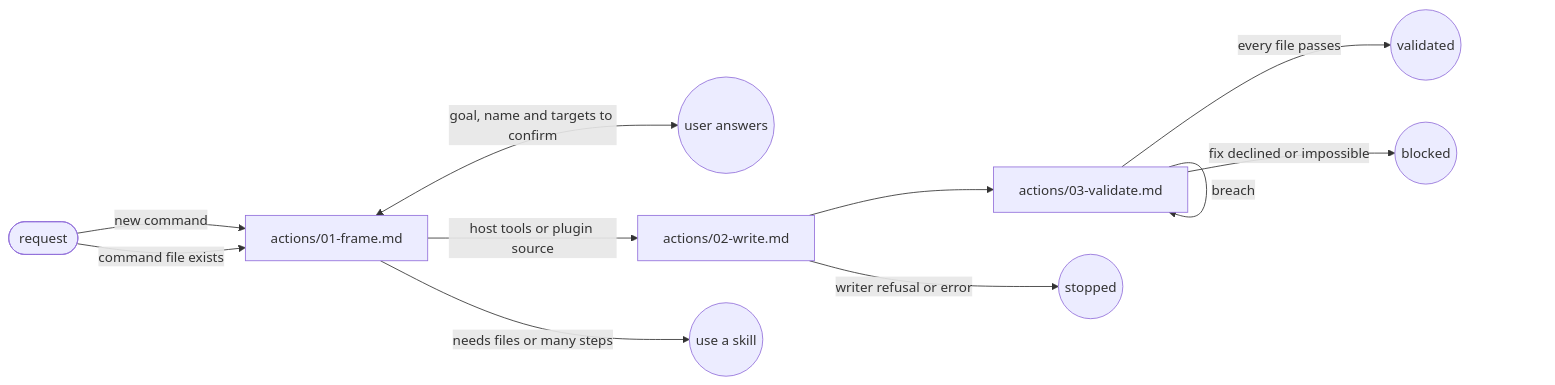
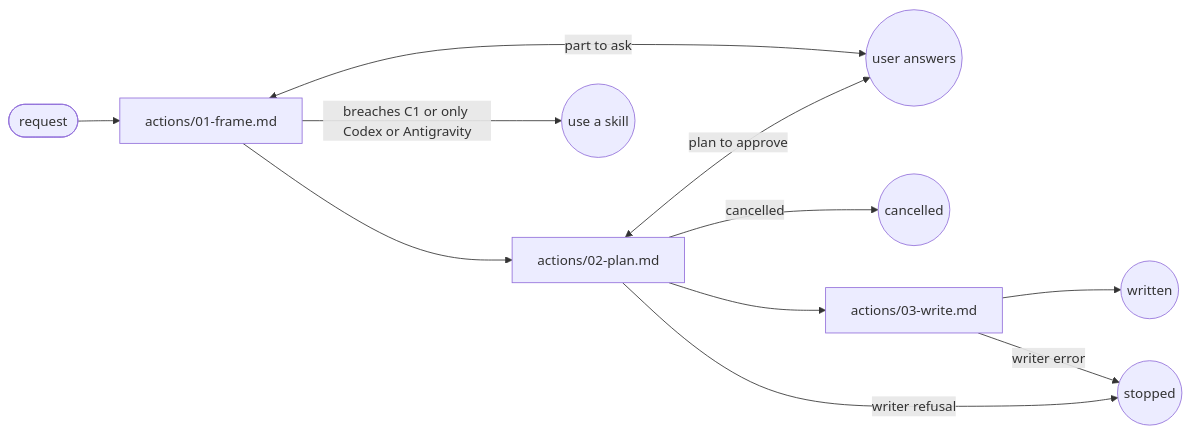
One commit to ai-driven-dev/framework changed the diagram in plugins/aidd-context/skills/07-command-generate/SKILL.md. Above: the diagram before and after it, drawn with Mermaid. The commit also changed 12 other files, not shown here.

First line of the commit message:
refactor(aidd-context): align command generate on frame, plan, write

````diff
--- a/plugins/aidd-context/skills/07-command-generate/SKILL.md
+++ b/plugins/aidd-context/skills/07-command-generate/SKILL.md
@@ -9,13 +9,13 @@
 ```mermaid
 flowchart LR
-  entry([request]) -->|"new command"| frame["actions/01-frame.md"]
-  entry -->|"command file exists"| frame
-  frame <-->|"goal, name and targets to confirm"| user((user answers))
-  frame -->|"host tools or plugin source"| write["actions/02-write.md"]
-  frame -->|"needs files or many steps"| skill((use a skill))
-  write --> validate["actions/03-validate.md"]
-  write -->|"writer refusal or error"| stopped((stopped))
-  validate -->|"breach"| validate
-  validate -->|"every file passes"| done((validated))
-  validate -->|"fix declined or impossible"| blocked((blocked))
+  entry([request]) --> frame["actions/01-frame.md"]
+  frame <-->|"part to ask"| user((user answers))
+  frame -->|"breaches C1 or only Codex or Antigravity"| skill((use a skill))
+  frame --> plan["actions/02-plan.md"]
+  plan <-->|"plan to approve"| user
+  plan -->|"cancelled"| cancelled((cancelled))
+  plan --> write["actions/03-write.md"]
+  write --> done((written))
+  plan -->|"writer refusal"| stopped((stopped))
+  write -->|"writer error"| stopped
 ```
````
